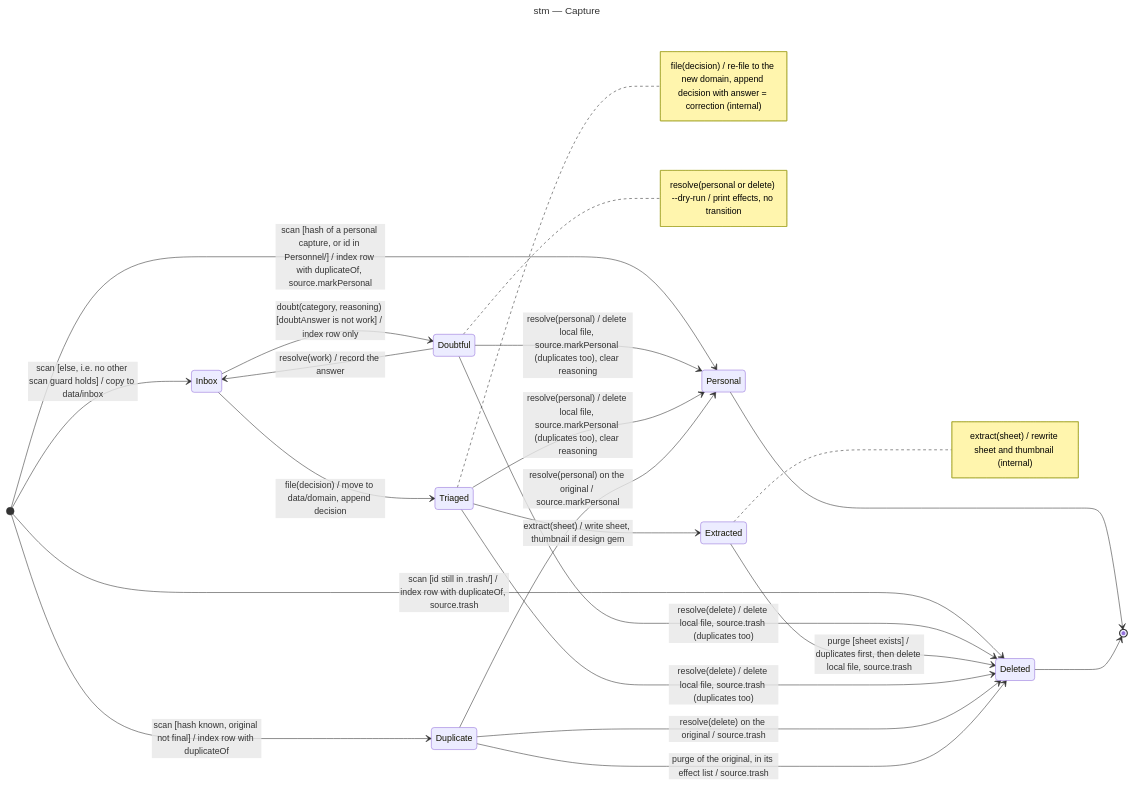
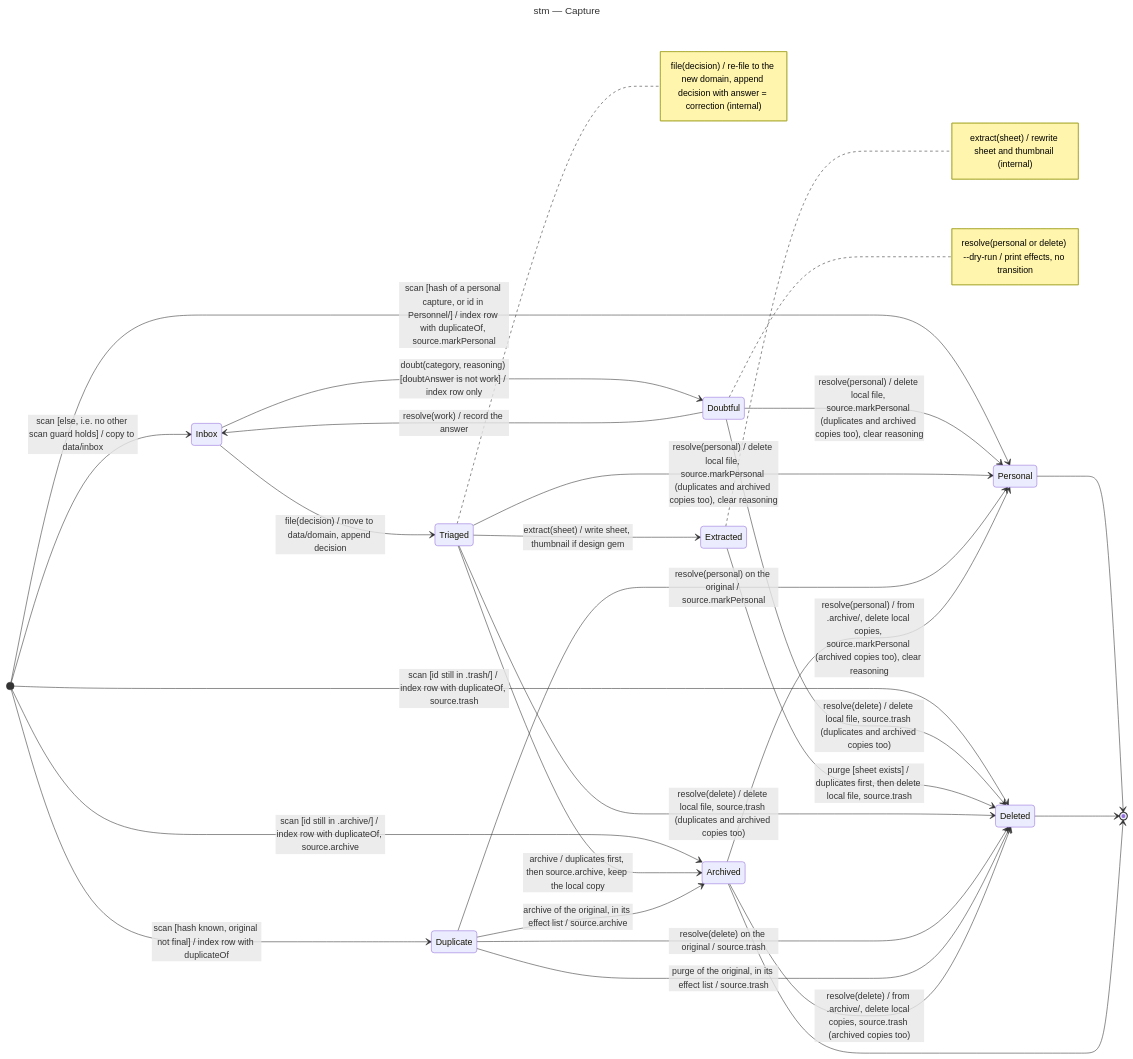
One commit to benoit-bremaud/screenshot-triage changed the diagram in docs/architecture/diagrams/triage/05-state-capture.md. Above: the diagram before and after it, drawn with Mermaid. The commit also changed other lines of this file and 37 other files, not shown here.

````diff
--- a/docs/architecture/diagrams/triage/05-state-capture.md
+++ b/docs/architecture/diagrams/triage/05-state-capture.md
@@ -13,34 +13,40 @@
 ```mermaid
 ---
 title: stm — Capture
 ---
 stateDiagram-v2
   direction LR
   [*] --> Inbox: scan [else, i.e. no other scan guard holds] / copy to data/inbox
   [*] --> Duplicate: scan [hash known, original not final] / index row with duplicateOf
   [*] --> Personal: scan [hash of a personal capture, or id in Personnel/] / index row with duplicateOf, source.markPersonal
   [*] --> Deleted: scan [id still in .trash/] / index row with duplicateOf, source.trash
+  [*] --> Archived: scan [id still in .archive/] / index row with duplicateOf, source.archive
   Inbox --> Triaged: file(decision) / move to data/domain, append decision
   Inbox --> Doubtful: doubt(category, reasoning) [doubtAnswer is not work] / index row only
   Doubtful --> Inbox: resolve(work) / record the answer
-  Doubtful --> Personal: resolve(personal) / delete local file, source.markPersonal (duplicates too), clear reasoning
-  Doubtful --> Deleted: resolve(delete) / delete local file, source.trash (duplicates too)
+  Doubtful --> Personal: resolve(personal) / delete local file, source.markPersonal (duplicates and archived copies too), clear reasoning
+  Doubtful --> Deleted: resolve(delete) / delete local file, source.trash (duplicates and archived copies too)
   Triaged --> Extracted: extract(sheet) / write sheet, thumbnail if design gem
   Extracted --> Deleted: purge [sheet exists] / duplicates first, then delete local file, source.trash
-  Triaged --> Personal: resolve(personal) / delete local file, source.markPersonal (duplicates too), clear reasoning
-  Triaged --> Deleted: resolve(delete) / delete local file, source.trash (duplicates too)
+  Triaged --> Personal: resolve(personal) / delete local file, source.markPersonal (duplicates and archived copies too), clear reasoning
+  Triaged --> Deleted: resolve(delete) / delete local file, source.trash (duplicates and archived copies too)
+  Triaged --> Archived: archive / duplicates first, then source.archive, keep the local copy
+  Duplicate --> Archived: archive of the original, in its effect list / source.archive
   Duplicate --> Personal: resolve(personal) on the original / source.markPersonal
   Duplicate --> Deleted: resolve(delete) on the original / source.trash
   Duplicate --> Deleted: purge of the original, in its effect list / source.trash
   Personal --> [*]
   Deleted --> [*]
+  Archived --> Personal: resolve(personal) / from .archive/, delete local copies, source.markPersonal (archived copies too), clear reasoning
+  Archived --> Deleted: resolve(delete) / from .archive/, delete local copies, source.trash (archived copies too)
+  Archived --> [*]
   note right of Triaged
     file(decision) / re-file to the new domain, append decision with answer = correction (internal)
   end note
   note right of Extracted
     extract(sheet) / rewrite sheet and thumbnail (internal)
   end note
   note right of Doubtful
     resolve(personal or delete) --dry-run / print effects, no transition
   end note
 ```
````
